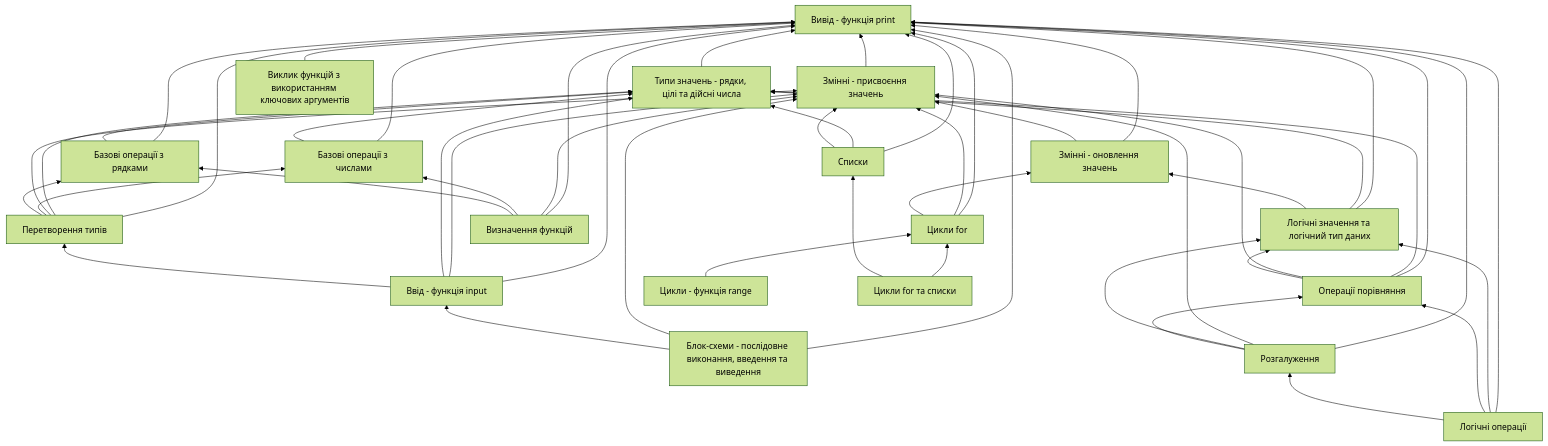
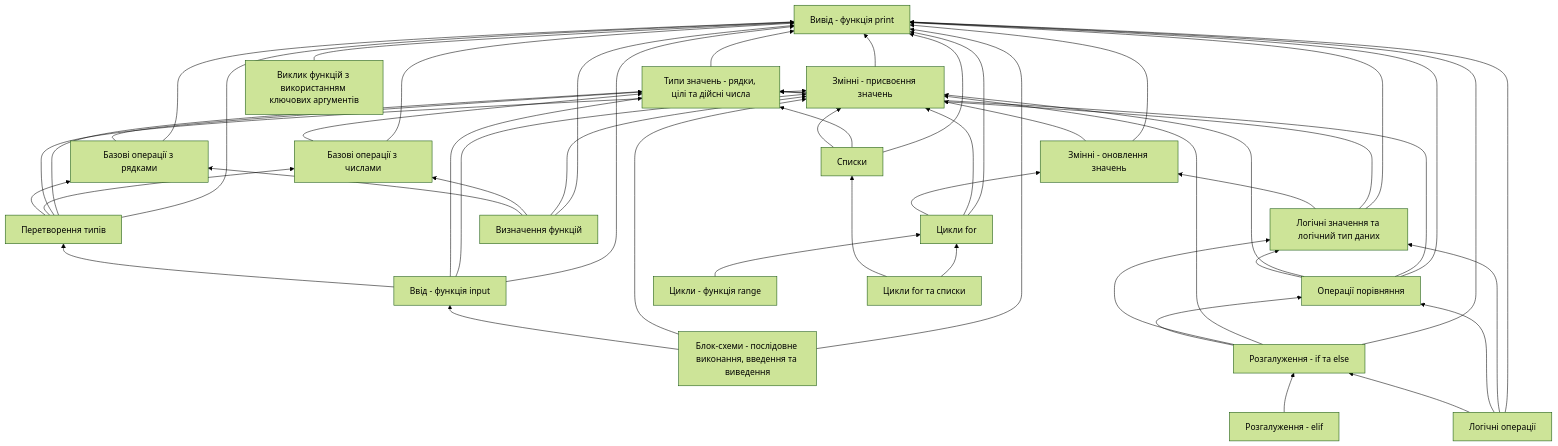
Before and after one commit to EugeneLoy/nauklit-python-8: the diagram in Залежності.md, drawn with Mermaid (forest theme). The commit also changed 7 other files, not shown here.

````diff
--- a/Залежності.md
+++ b/Залежності.md
@@ -5,72 +5,74 @@
 ```mermaid
 graph BT
     A["Вивід - функція print"] 
     B["Типи значень - рядки, цілі та дійсні числа"]
     C["Змінні - присвоєння значень"]
     D["Змінні - оновлення значень"]
     E["Базові операції з числами"]
     F["Базові операції з рядками"]
     G["Перетворення типів"]
     H["Ввід - функція input"]
     I["Блок-схеми - послідовне виконання, введення та виведення"]
     J["Логічні значення та логічний тип даних"]
     K["Операції порівняння"]
     L["Логічні операції"]
-    M["Розгалуження"]
+    M["Розгалуження - if та else"]
+    M2["Розгалуження - elif"]
     Q["Цикли for"]
     S["Цикли - функція range"]
     R["Цикли for та списки"]
     N["Виклик функцій з використанням ключових аргументів"]
     O["Визначення функцій"]
     P["Списки"]
 
     B --> A
     C --> A
     D --> A
     D --> C
     E --> A
     E --> B
     F --> A
     F --> B
     G --> A
     G --> B
     G --> C
     G --> E
     G --> F
     H --> A
     H --> C
     H --> B
     H --> G
     I --> A
     I --> C
     I --> H
     J --> A
     J --> B
     J --> D
     K --> A
     K --> B
     K --> C
     K --> J
     L --> A
     L --> J
     L --> K
     L --> M
+    M2 --> M
     M --> A
     M --> C
     M --> J
     M --> K
     Q --> A
     Q --> C
     Q --> D
     N --> A
     O --> A
     O --> C
     O --> E
     O --> F
     P --> A
     P --> B
     P --> C
     S --> Q
     R --> Q
     R --> P
 ```
````
